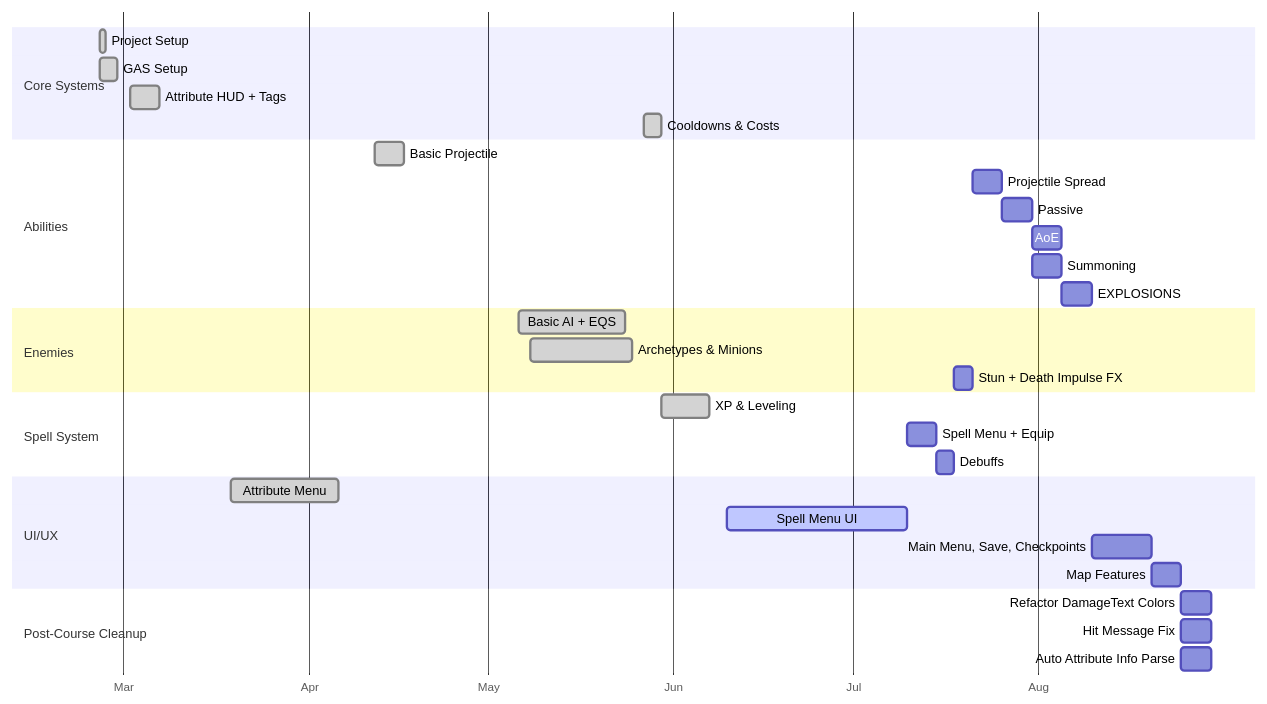
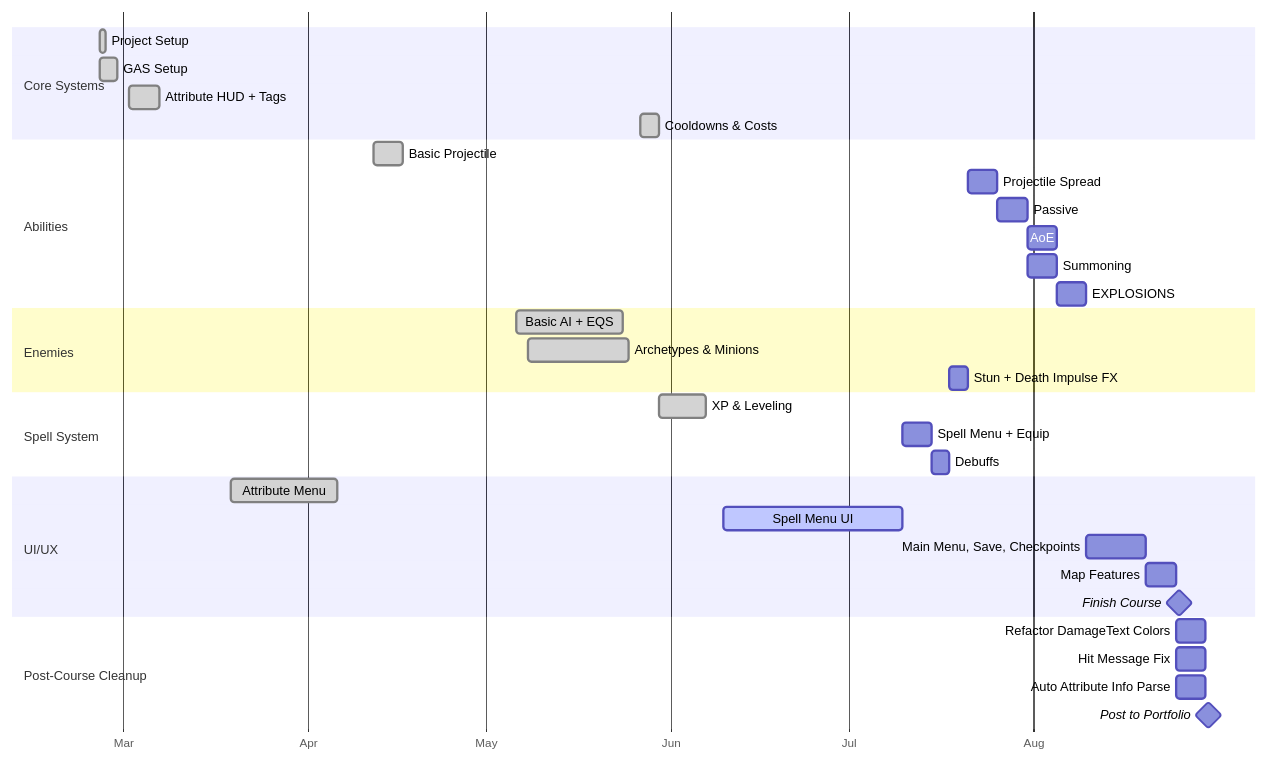
The diagram in content/June 2025/Aura.md (ambrosiacvet/quartz-devblog), drawn with Mermaid before and after one commit. The commit also changed 3 other files, not shown here.

````diff
--- a/content/June 2025/Aura.md
+++ b/content/June 2025/Aura.md
@@ -77,42 +77,44 @@
 ```mermaid
 gantt
     dateFormat  MM-DD-YYYY
     axisFormat  %b
     tickInterval 1month
 
     section Core Systems
 	Project Setup                  :done,     proj,         02-25-2025, 1d
     GAS Setup                      :done,     gas,          02-25-2025, 02-28-2025
     Attribute HUD + Tags           :done,     attributes,   03-02-2025, 03-07-2025
     Cooldowns & Costs              :done,     cooldowns,    05-27-2025, 05-30-2025
 
     section Abilities
     Basic Projectile               :done,     proj,         04-12-2025, 04-17-2025
 	Projectile Spread              :          spread,       after stun, 5d
 	Passive                        :          passives,     after spread, 5d
     AoE                            :          aoe,          after passives, 5d
     Summoning                      :          summon,       after passives, 5d
 	EXPLOSIONS                     :          boom,         after summon, 5d
         
     section Enemies
     Basic AI + EQS                 :done,     ai,           05-06-2025, 05-24-2025
     Archetypes & Minions           :done,     archetypes,   05-08-2025, 05-25-2025
     Stun + Death Impulse FX        :          stun,         after debuffs, 3d
 
     section Spell System
     XP & Leveling                  :done,     spellsys,     05-30-2025, 06-07-2025
     Spell Menu + Equip             :          menu,         after spellui, 5d
     Debuffs                        :          debuffs,      after menu, 3d
 
     section UI/UX
     Attribute Menu                 :done,     uimenu,       03-19-2025, 04-06-2025
     Spell Menu UI                  :active,   spellui,      06-10-2025, 07-10-2025
     Main Menu, Save, Checkpoints   :          mainui,       after boom, 10d
     Map Features                   :          map,          after mainui, 5d
+    Finish Course                  :milestone,fin,          after map, 1d
 
     section Post-Course Cleanup
     Refactor DamageText Colors     :          refactor1,    after map, 5d
     Hit Message Fix                :          refactor2,    after map, 5d
     Auto Attribute Info Parse      :          refactor3,    after map, 5d
+    Post to Portfolio              :milestone,post,         after refactor3, 1d
 
 ```
````
